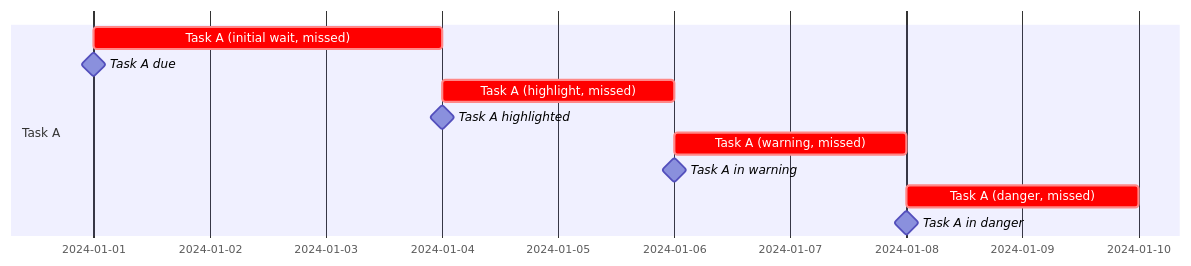
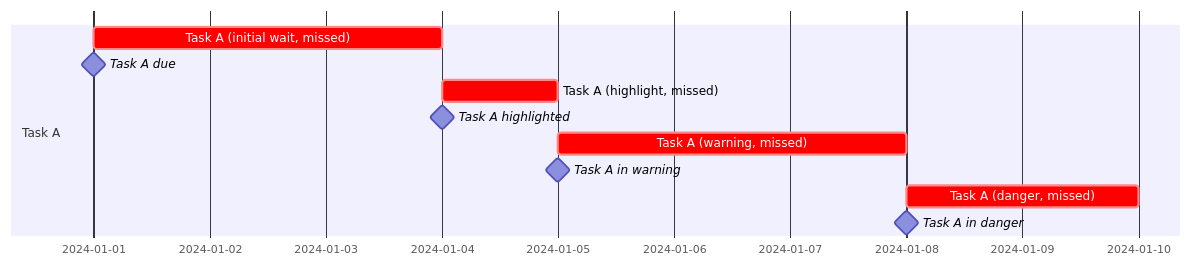
The sixth of 9 diagrams in README.md (voquis/epochrony), drawn with Mermaid before and after one commit. The commit also changed other lines of this file, not shown here.

````diff
--- a/README.md
+++ b/README.md
@@ -197,20 +198,20 @@
 ```mermaid
 gantt
   %% Config
   dateFormat YYYY-MM-DD
   tickInterval 1day
 
   %% Task A
   section Task A
     Task A (initial wait, missed): crit, a1, 2024-01-01, 3d
     Task A due: milestone, 2024-01-01, 0d
 
-    Task A (highlight, missed): crit, b1, after a1, 2d
+    Task A (highlight, missed): crit, b1, after a1, 1d
     Task A highlighted: milestone, 2024-01-04, 0d
 
-    Task A (warning, missed): crit, c1, after b1, 2d
-    Task A in warning: milestone, 2024-01-06, 0d
+    Task A (warning, missed): crit, c1, after b1, 3d
+    Task A in warning: milestone, 2024-01-05, 0d
 
     Task A (danger, missed): crit, d1, after c1, 2d
     Task A in danger: milestone, 2024-01-08, 0d
 ```
````
